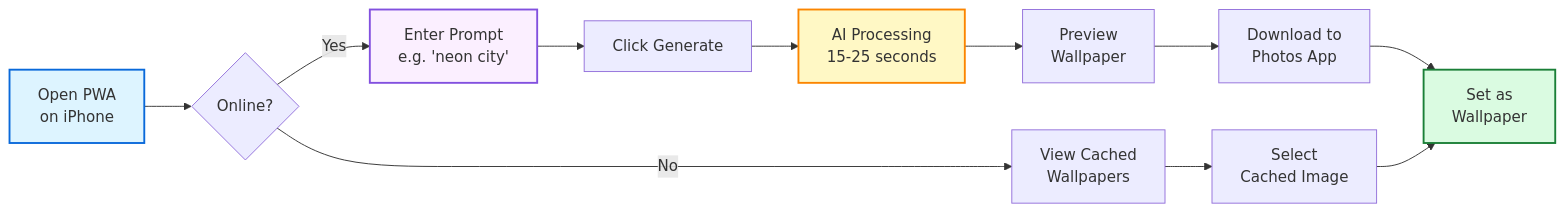
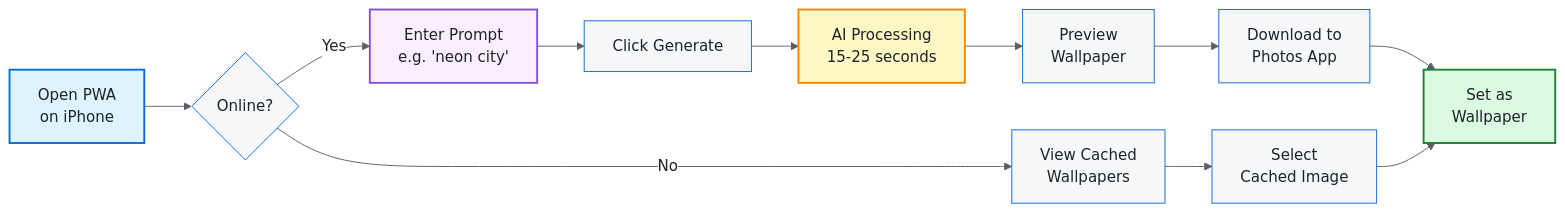
The second of 3 diagrams in README.md (fabioc-aloha/ai-wallpaper-generator), drawn with Mermaid before and after one commit. The commit also changed other lines of this file and 2 other files, not shown here.

First line of the commit message:
Polish Mermaid diagrams with GitHub Primer theme

````diff
--- a/README.md
+++ b/README.md
@@ -211,18 +220,24 @@
 ```mermaid
+%%{init: {'theme':'base', 'themeVariables': {'primaryColor':'#ddf4ff','primaryTextColor':'#1f2328','primaryBorderColor':'#0969DA','lineColor':'#57606a','secondaryColor':'#fbefff','tertiaryColor':'#dafbe1','background':'#ffffff','mainBkg':'#f6f8fa','edgeLabelBackground':'#ffffff','nodeTextColor':'#1f2328'}}}%%
 flowchart LR
     A[Open PWA<br/>on iPhone] --> B{Online?}
     B -->|Yes| C[Enter Prompt<br/>e.g. 'neon city']
     B -->|No| D[View Cached<br/>Wallpapers]
     C --> E[Click Generate]
     E --> F[AI Processing<br/>15-25 seconds]
     F --> G[Preview<br/>Wallpaper]
     G --> H[Download to<br/>Photos App]
     H --> I[Set as<br/>Wallpaper]
     D --> J[Select<br/>Cached Image]
     J --> I
-    
-    style A fill:#ddf4ff,stroke:#0969DA,stroke-width:2px
-    style C fill:#fbefff,stroke:#8250df,stroke-width:2px
-    style F fill:#fff8c5,stroke:#fb8500,stroke-width:2px
-    style I fill:#dafbe1,stroke:#1a7f37,stroke-width:2px
+
+    classDef startStyle fill:#ddf4ff,stroke:#0969DA,stroke-width:2px,color:#1f2328
+    classDef inputStyle fill:#fbefff,stroke:#8250df,stroke-width:2px,color:#1f2328
+    classDef processStyle fill:#fff8c5,stroke:#fb8500,stroke-width:2px,color:#1f2328
+    classDef successStyle fill:#dafbe1,stroke:#1a7f37,stroke-width:2px,color:#1f2328
+
+    class A startStyle
+    class C inputStyle
+    class F processStyle
+    class I successStyle
 ```
````
